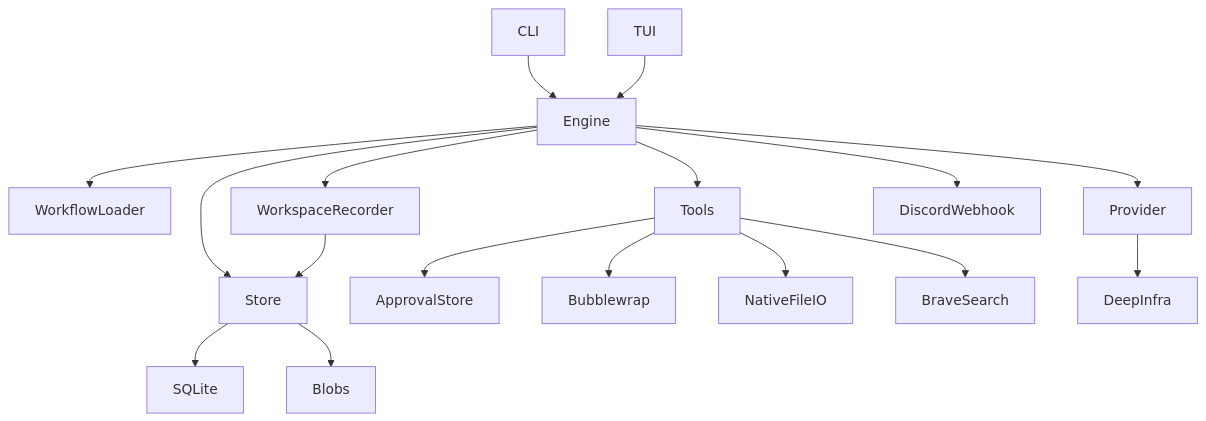
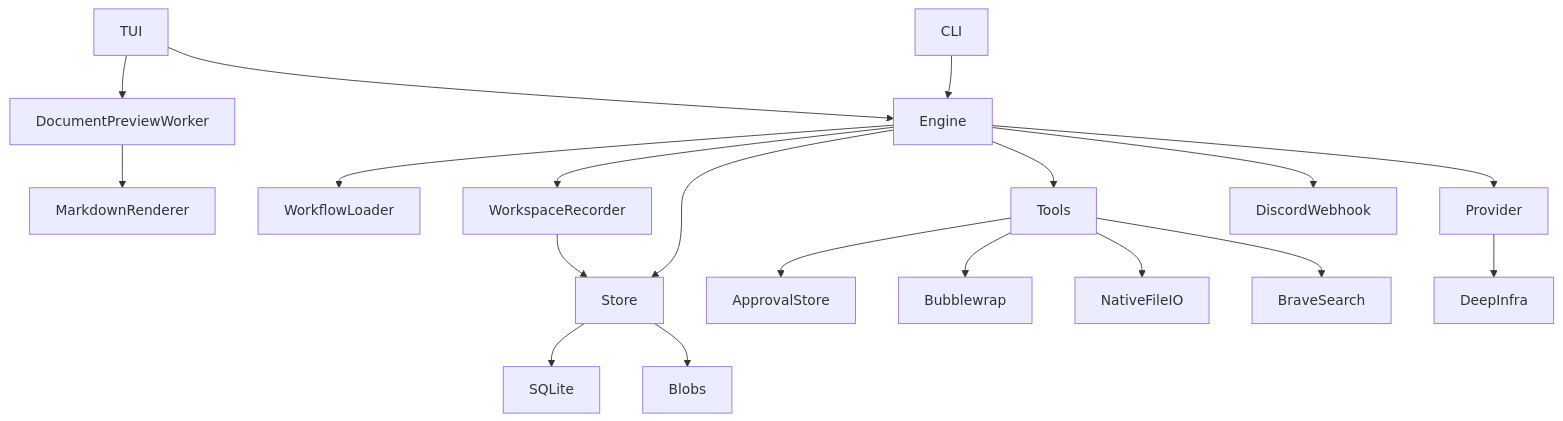
Before and after one commit to AlexAuragan/Greenlight: the diagram in docs/04-architecture.md, drawn with Mermaid. The commit also changed other lines of this file and 17 other files, not shown here.

Commit message:
Split TUI components and prepare large document previews off the input thread

````diff
--- a/docs/04-architecture.md
+++ b/docs/04-architecture.md
@@ -3,19 +3,21 @@
 ```mermaid
 flowchart TD
   CLI --> Engine
   TUI --> Engine
+  TUI --> DocumentPreviewWorker
+  DocumentPreviewWorker --> MarkdownRenderer
   Engine --> WorkflowLoader
   Engine --> Store
   Engine --> Provider
   Engine --> Tools
   Engine --> WorkspaceRecorder
   Tools --> ApprovalStore
   Tools --> Bubblewrap
   Tools --> NativeFileIO
   Tools --> BraveSearch
   Engine --> DiscordWebhook
   Store --> SQLite
   Store --> Blobs
   WorkspaceRecorder --> Store
   Provider --> DeepInfra
 ```
````
